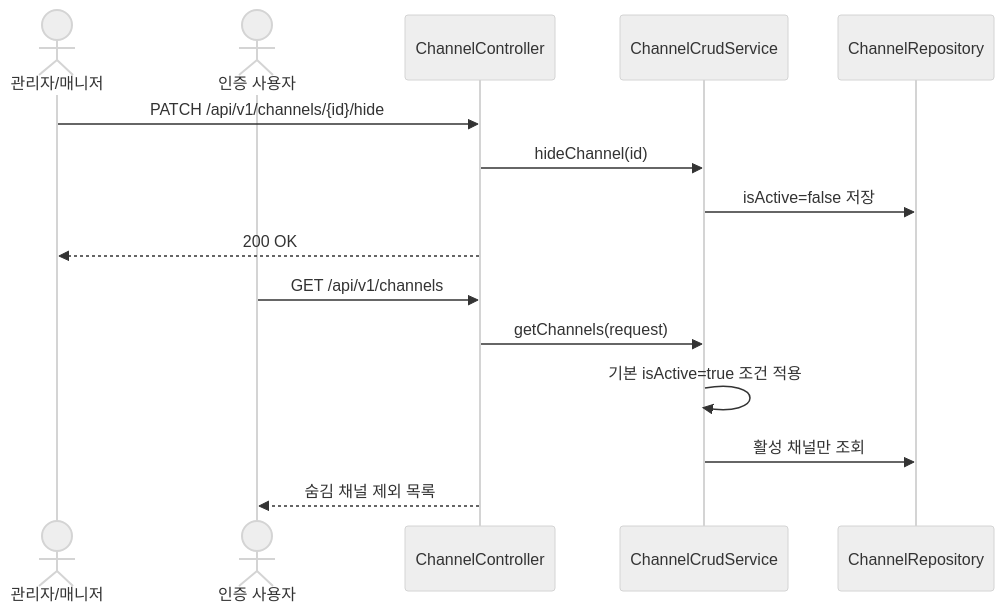
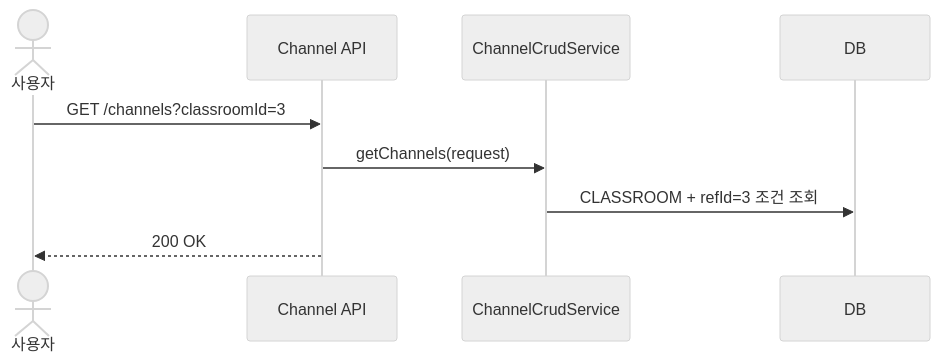
One commit to Geumjeongyahak/Backend changed the third of 3 diagrams in docs/api/Channels.md. Above: the diagram before and after it, drawn with Mermaid (neutral theme). The commit also changed other lines of this file and 16 other files, not shown here.

````diff
--- a/docs/api/Channels.md
+++ b/docs/api/Channels.md
@@ -232,19 +203,12 @@
 ```mermaid
 sequenceDiagram
-    actor Admin as 관리자/매니저
-    actor User as 인증 사용자
-    participant API as ChannelController
+    actor User as 사용자
+    participant API as Channel API
     participant Service as ChannelCrudService
-    participant DB as ChannelRepository
+    participant DB as DB
 
-    Admin->>API: PATCH /api/v1/channels/{id}/hide
-    API->>Service: hideChannel(id)
-    Service->>DB: isActive=false 저장
-    API-->>Admin: 200 OK
-
-    User->>API: GET /api/v1/channels
+    User->>API: GET /channels?classroomId=3
     API->>Service: getChannels(request)
-    Service->>Service: 기본 isActive=true 조건 적용
-    Service->>DB: 활성 채널만 조회
-    API-->>User: 숨김 채널 제외 목록
+    Service->>DB: CLASSROOM + refId=3 조건 조회
+    API-->>User: 200 OK
 ```
````
